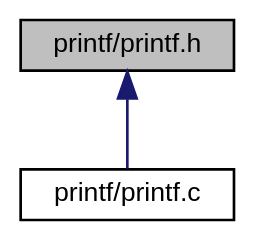
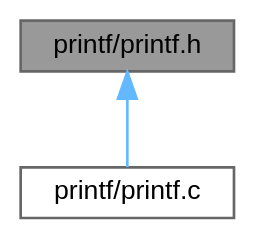
One commit to ebs-universe/piolib-printf changed the diagram in printf_8h__dep__incl.dot. Above: the diagram before and after it, drawn with Graphviz. The commit also changed 204 other files, not shown here.

```diff
--- a/printf_8h__dep__incl.dot
+++ b/printf_8h__dep__incl.dot
@@ -1,11 +1,11 @@
 digraph "printf/printf.h"
 {
  // INTERACTIVE_SVG=YES
  // LATEX_PDF_SIZE
   bgcolor="transparent";
-  edge [fontname="Helvetica",fontsize="10",labelfontname="Helvetica",labelfontsize="10"];
-  node [fontname="Helvetica",fontsize="10",shape=record];
-  Node1 [label="printf/printf.h",height=0.2,width=0.4,color="black", fillcolor="grey75", style="filled", fontcolor="black",tooltip="Interface and usage of printf implementation."];
-  Node1 -> Node2 [dir="back",color="midnightblue",fontsize="10",style="solid",fontname="Helvetica"];
-  Node2 [label="printf/printf.c",height=0.2,width=0.4,color="black",URL="$printf_8c.html",tooltip="Pared down printf implementation for embedded use."];
+  edge [fontname=Helvetica,fontsize=10,labelfontname=Helvetica,labelfontsize=10];
+  node [fontname=Helvetica,fontsize=10,shape=box,height=0.2,width=0.4];
+  Node1 [id="Node000001",label="printf/printf.h",height=0.2,width=0.4,color="gray40", fillcolor="grey60", style="filled", fontcolor="black",tooltip="Interface and usage of printf implementation."];
+  Node1 -> Node2 [id="edge1_Node000001_Node000002",dir="back",color="steelblue1",style="solid",tooltip=" "];
+  Node2 [id="Node000002",label="printf/printf.c",height=0.2,width=0.4,color="grey40", fillcolor="white", style="filled",URL="$printf_8c.html",tooltip="Pared down printf implementation for embedded use."];
 }
```
